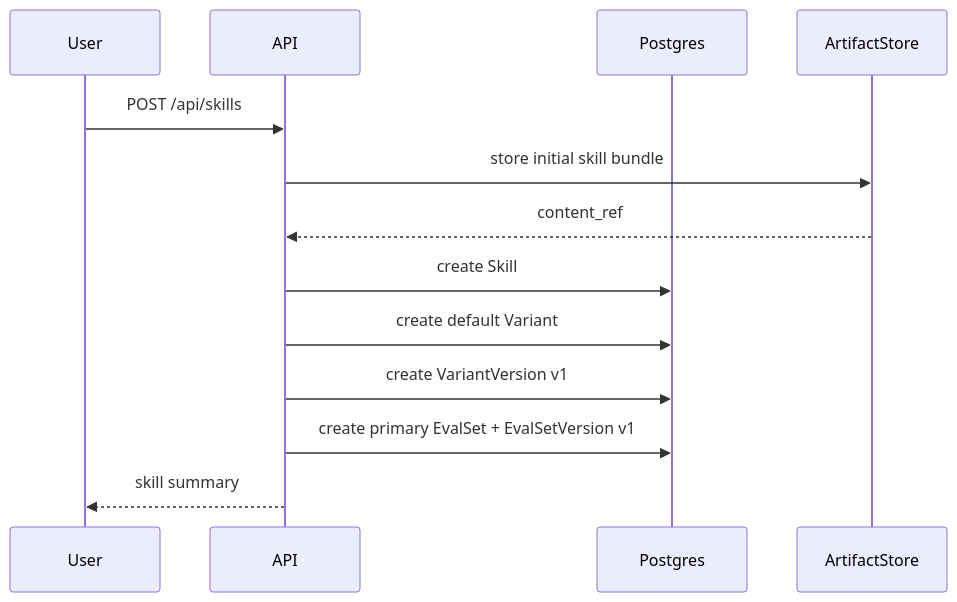
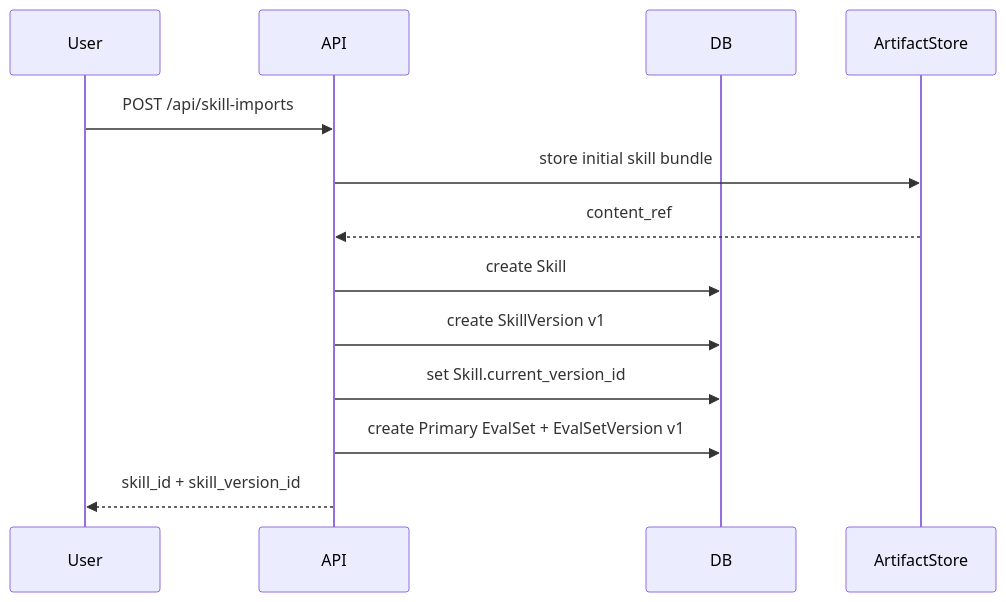
One commit to Madolkke/skills-manager changed the third of 4 diagrams in docs/formal-architecture-v0.1.md. Above: the diagram before and after it, drawn with Mermaid. The commit also changed other lines of this file and 47 other files, not shown here.

````diff
--- a/docs/formal-architecture-v0.1.md
+++ b/docs/formal-architecture-v0.1.md
@@ -220,16 +188,16 @@
 ```mermaid
 sequenceDiagram
   participant U as User
   participant API as API
-  participant DB as Postgres
+  participant DB as DB
   participant AS as ArtifactStore
 
-  U->>API: POST /api/skills
+  U->>API: POST /api/skill-imports
   API->>AS: store initial skill bundle
   AS-->>API: content_ref
   API->>DB: create Skill
-  API->>DB: create default Variant
-  API->>DB: create VariantVersion v1
-  API->>DB: create primary EvalSet + EvalSetVersion v1
-  API-->>U: skill summary
+  API->>DB: create SkillVersion v1
+  API->>DB: set Skill.current_version_id
+  API->>DB: create Primary EvalSet + EvalSetVersion v1
+  API-->>U: skill_id + skill_version_id
 ```
````
